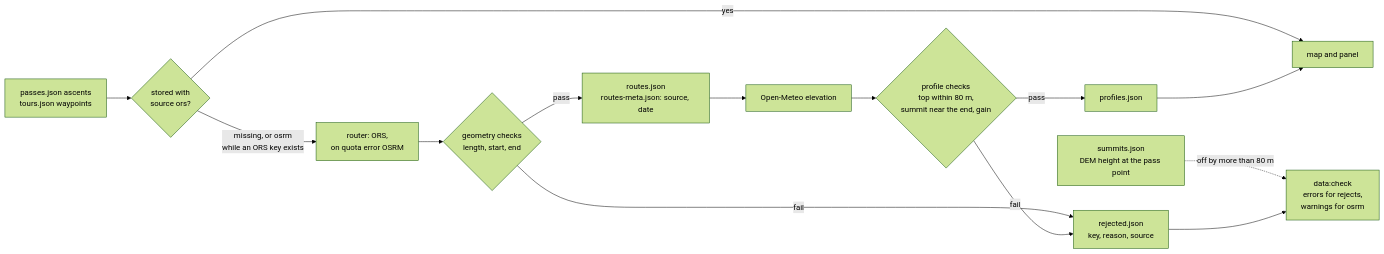
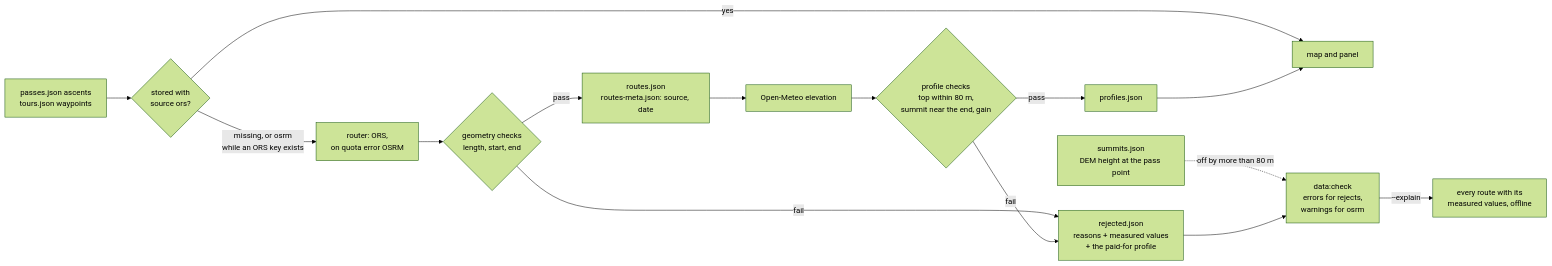
One commit to mdugue/alpen changed the second of 2 diagrams in docs/plans/00-route-quality-gate.md. Above: the diagram before and after it, drawn with Mermaid (forest theme). The commit also changed other lines of this file and 26 other files, not shown here.

````diff
--- a/docs/plans/00-route-quality-gate.md
+++ b/docs/plans/00-route-quality-gate.md
@@ -54,16 +85,17 @@
 ```mermaid
 flowchart LR
   A["passes.json ascents<br/>tours.json waypoints"] --> B{"stored with<br/>source ors?"}
   B -- "yes" --> G
   B -- "missing, or osrm<br/>while an ORS key exists" --> C["router: ORS,<br/>on quota error OSRM"]
   C --> V1{"geometry checks<br/>length, start, end"}
-  V1 -- "fail" --> R["rejected.json<br/>key, reason, source"]
+  V1 -- "fail" --> R["rejected.json<br/>reasons + measured values<br/>+ the paid-for profile"]
   V1 -- "pass" --> D["routes.json<br/>routes-meta.json: source, date"]
   D --> E["Open-Meteo elevation"]
   E --> V2{"profile checks<br/>top within 80 m,<br/>summit near the end, gain"}
   V2 -- "fail" --> R
   V2 -- "pass" --> F["profiles.json"]
   S["summits.json<br/>DEM height at the pass point"] -. "off by more than 80 m" .-> K
   R --> K["data:check<br/>errors for rejects,<br/>warnings for osrm"]
+  K -- "--explain" --> T["every route with its<br/>measured values, offline"]
   F --> G["map and panel"]
 ```
````
